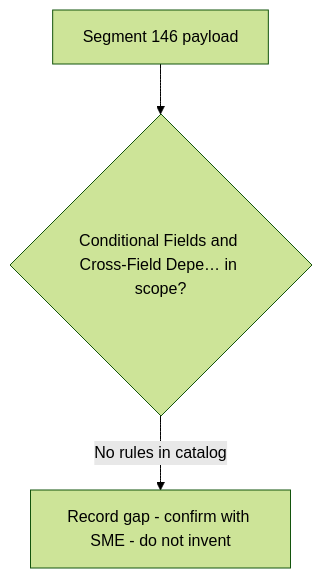
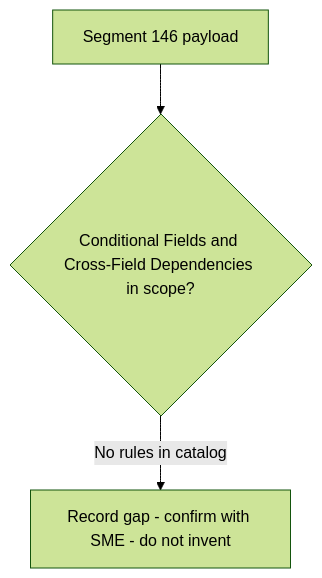
Before and after one commit to DhanSingh-hub/core-auth-ai-validation-framework: the diagram in regression-artifact-validator/specifications/ATL105/docs/specs/kb/segment-146/conditional-dependency-rules-flow.md, drawn with Mermaid (forest theme). The commit also changed 150 other files, not shown here.

````diff
--- a/regression-artifact-validator/specifications/ATL105/docs/specs/kb/segment-146/conditional-dependency-rules-flow.md
+++ b/regression-artifact-validator/specifications/ATL105/docs/specs/kb/segment-146/conditional-dependency-rules-flow.md
@@ -3,5 +3,5 @@
 ```mermaid
 flowchart TD
-    A[Segment 146 payload] --> B{Conditional Fields and Cross-Field Depe… in scope?}
+    A[Segment 146 payload] --> B{Conditional Fields and Cross-Field Dependencies in scope?}
     B -->|No rules in catalog| G[Record gap - confirm with SME - do not invent]
 ```
````
